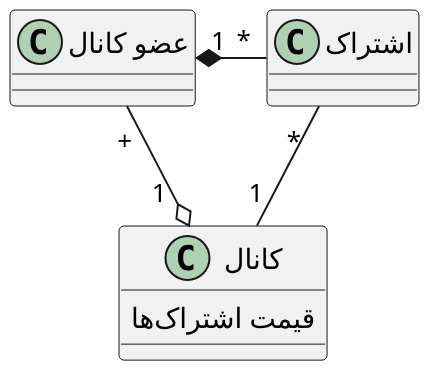
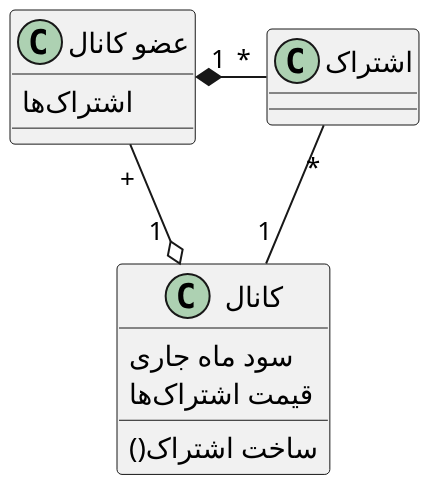
One commit to soleyman79/Qasedak changed the diagram in Diagrams/Class/BuySubscription.puml. Above: the diagram before and after it, drawn with PlantUML. The commit also changed 15 other files, not shown here.

```diff
--- a/Diagrams/Class/BuySubscription.puml
+++ b/Diagrams/Class/BuySubscription.puml
@@ -1,21 +1,24 @@
 @startuml buy_subscription
 
 scale 2
 skinparam DefaultFontName B Nazanin
 skinparam ArrowMessageAlignment right
 
 class "اشتراک" as subscription {
 }
 
 class "کانال" as chanel {
+    سود ماه جاری
     قیمت اشتراک‌ها
+    ()ساخت اشتراک
 }
 
 class "عضو کانال" as member {
+    اشتراک‌ها
 }
 
 subscription "              *" -down- "1" chanel
 chanel "                    1" o-up- "+" member
 member "1" *-right- "*" subscription
 
 @enduml
```
